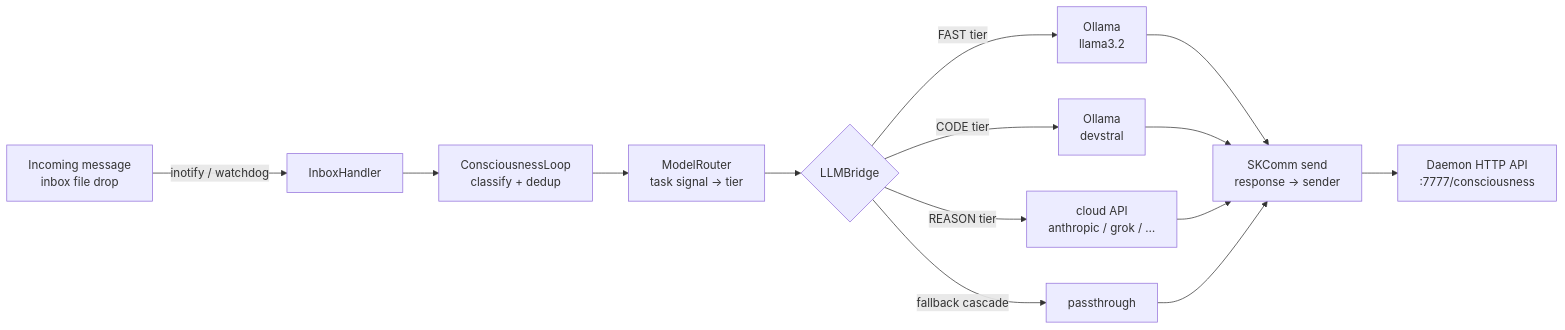
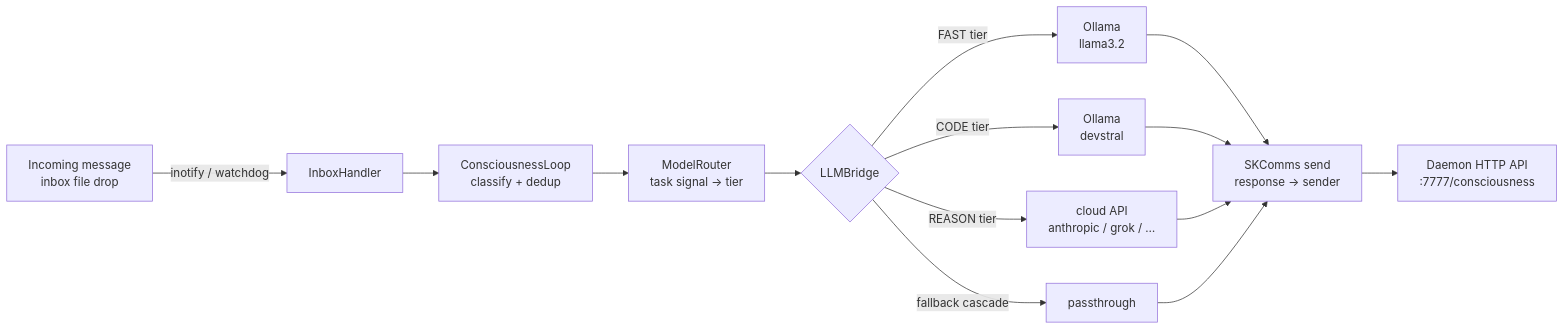
One commit to smilinTux/skcapstone changed the diagram in docs/QUICKSTART.md. Above: the diagram before and after it, drawn with Mermaid. The commit also changed other lines of this file and 88 other files, not shown here.

Commit message:
refactor: migrate skcomm→skcomms (class, env, paths, dependency, skcomm_tools→skcomms_tools)

````diff
--- a/docs/QUICKSTART.md
+++ b/docs/QUICKSTART.md
@@ -13,13 +13,13 @@
 ```mermaid
 flowchart LR
     A[Incoming message\ninbox file drop] -->|inotify / watchdog| B[InboxHandler]
     B --> C[ConsciousnessLoop\nclassify + dedup]
     C --> D[ModelRouter\ntask signal → tier]
     D --> E{LLMBridge}
     E -->|FAST tier| F[Ollama\nllama3.2]
     E -->|CODE tier| G[Ollama\ndevstral]
     E -->|REASON tier| H[cloud API\nanthropic / grok / …]
     E -->|fallback cascade| I[passthrough]
-    F & G & H & I --> J[SKComm send\nresponse → sender]
+    F & G & H & I --> J[SKComms send\nresponse → sender]
     J --> K[Daemon HTTP API\n:7777/consciousness]
 ```
````
